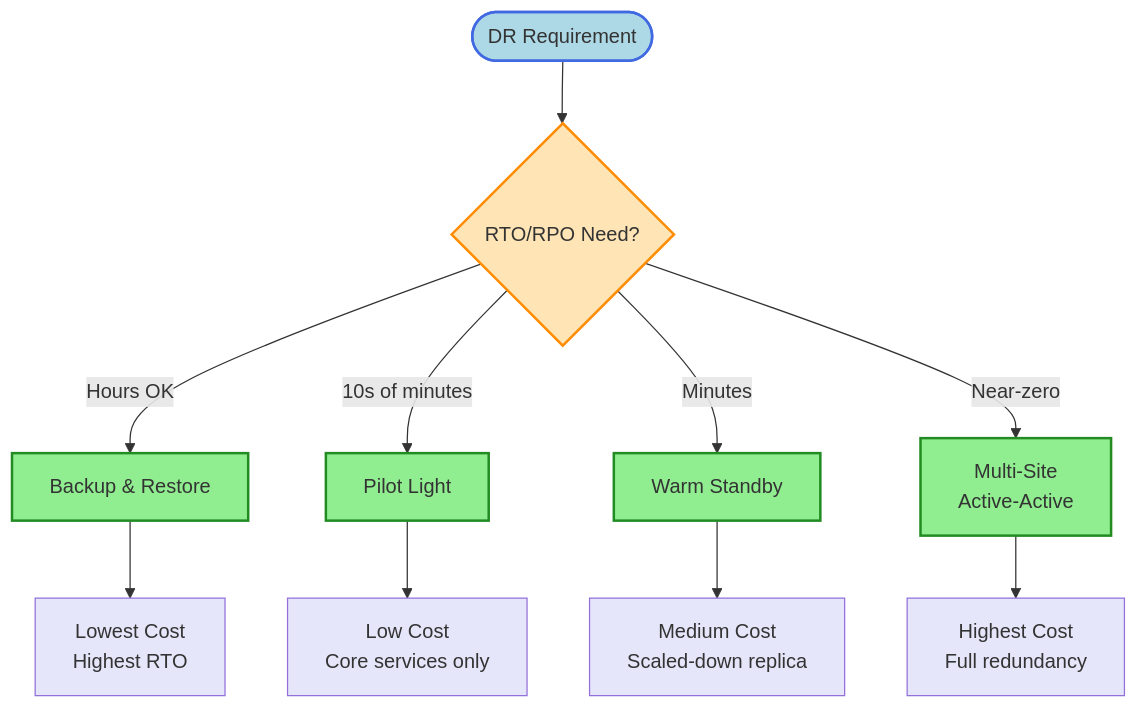
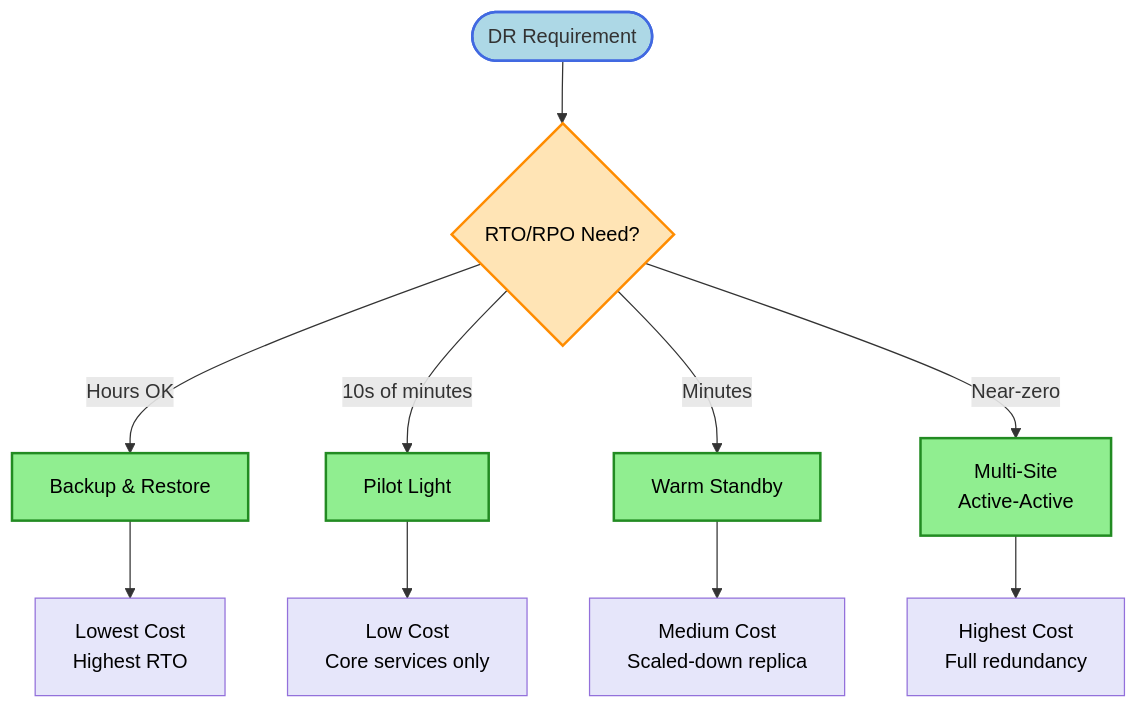
One commit to intelliswarm-ai/aws-architectures changed the first of 3 diagrams in aws-architecture-decisions/diagrams/high-availability-decisions.md. Above: the diagram before and after it, drawn with Mermaid. The commit also changed other lines of this file and 13 other files, not shown here.

````diff
--- a/aws-architecture-decisions/diagrams/high-availability-decisions.md
+++ b/aws-architecture-decisions/diagrams/high-availability-decisions.md
@@ -7,25 +7,25 @@
 ```mermaid
 flowchart TD
     Start([DR Requirement]) --> Q1{RTO/RPO Need?}
 
     Q1 -->|Hours OK| BACKUP[Backup & Restore]
     Q1 -->|10s of minutes| PILOT[Pilot Light]
     Q1 -->|Minutes| WARM[Warm Standby]
     Q1 -->|Near-zero| ACTIVE[Multi-Site<br/>Active-Active]
 
     BACKUP --> COST_B[Lowest Cost<br/>Highest RTO]
     PILOT --> COST_P[Low Cost<br/>Core services only]
     WARM --> COST_W[Medium Cost<br/>Scaled-down replica]
     ACTIVE --> COST_A[Highest Cost<br/>Full redundancy]
 
     %% Styling
-    classDef service fill:#90EE90,stroke:#228B22,stroke-width:2px
-    classDef cost fill:#E6E6FA,stroke:#9370DB,stroke-width:1px
-    classDef question fill:#FFE4B5,stroke:#FF8C00,stroke-width:2px
+    classDef service fill:#90EE90,stroke:#228B22,stroke-width:2px,color:#000000
+    classDef cost fill:#E6E6FA,stroke:#9370DB,stroke-width:1px,color:#000000
+    classDef question fill:#FFE4B5,stroke:#FF8C00,stroke-width:2px,color:#000000
     classDef start fill:#ADD8E6,stroke:#4169E1,stroke-width:2px
 
     class Start start
     class Q1 question
     class BACKUP,PILOT,WARM,ACTIVE service
     class COST_B,COST_P,COST_W,COST_A cost
 ```
````
